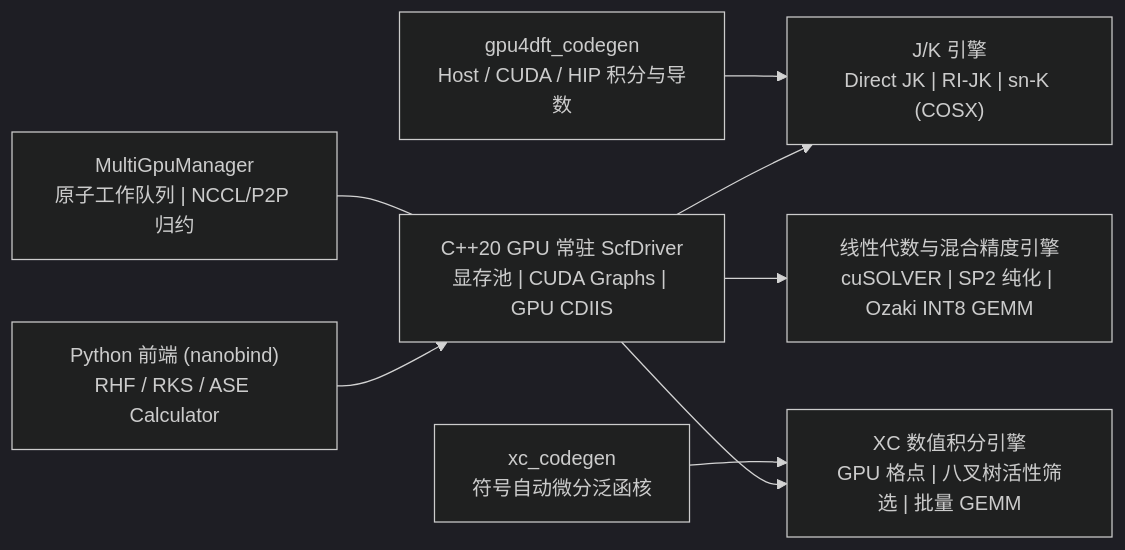
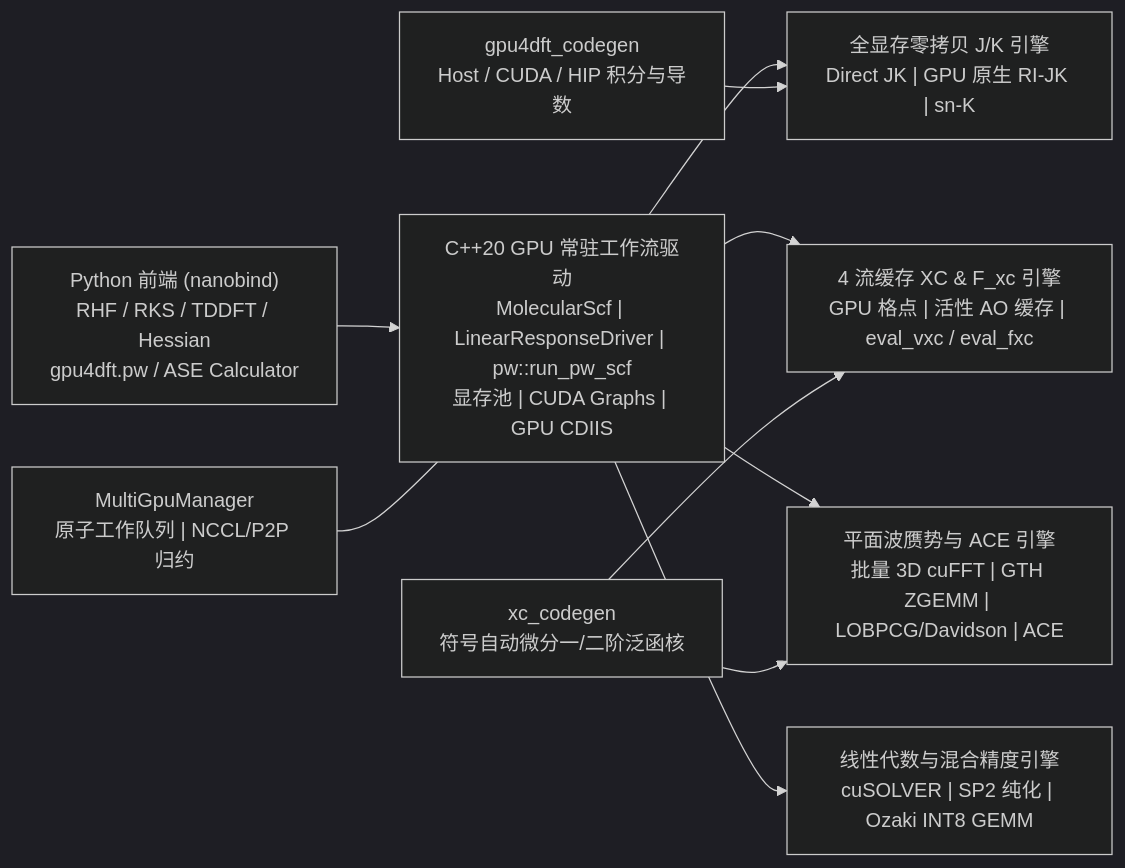
The diagram in README.md (chen-yu-hao/GPU4DFT), drawn with Mermaid (dark theme) before and after one commit. The commit also changed other lines of this file and 35 other files, not shown here.

Commit message:
Complete GPU4DFT Stage-2: zero-copy JK/XC/RI-JK, GPU CIS/TDA/TDDFT & Hessian, Plane-Wave ACE DFT, and Blackwell benchmarks

````diff
--- a/README.md
+++ b/README.md
@@ -33,10 +36,12 @@
 ```mermaid
 flowchart LR
-    PY["Python 前端 (nanobind)\nRHF / RKS / ASE Calculator"] --> SCF["C++20 GPU 常驻 ScfDriver\n显存池 | CUDA Graphs | GPU CDIIS"]
-    SCF --> JK["J/K 引擎\nDirect JK | RI-JK | sn-K (COSX)"]
-    SCF --> XC["XC 数值积分引擎\nGPU 格点 | 八叉树活性筛选 | 批量 GEMM"]
+    PY["Python 前端 (nanobind)\nRHF / RKS / TDDFT / Hessian\ngpu4dft.pw / ASE Calculator"] --> SCF["C++20 GPU 常驻工作流驱动\nMolecularScf | LinearResponseDriver | pw::run_pw_scf\n显存池 | CUDA Graphs | GPU CDIIS"]
+    SCF --> JK["全显存零拷贝 J/K 引擎\nDirect JK | GPU 原生 RI-JK | sn-K"]
+    SCF --> XC["4 流缓存 XC & F_xc 引擎\nGPU 格点 | 活性 AO 缓存 | eval_vxc / eval_fxc"]
+    SCF --> PW["平面波赝势与 ACE 引擎\n批量 3D cuFFT | GTH ZGEMM | LOBPCG/Davidson | ACE"]
     SCF --> LA["线性代数与混合精度引擎\ncuSOLVER | SP2 纯化 | Ozaki INT8 GEMM"]
     CG1["gpu4dft_codegen\nHost / CUDA / HIP 积分与导数"] --> JK
-    CG2["xc_codegen\n符号自动微分泛函核"] --> XC
+    CG2["xc_codegen\n符号自动微分一/二阶泛函核"] --> XC
+    CG2 --> PW
     MGPU["MultiGpuManager\n原子工作队列 | NCCL/P2P 归约"] --- SCF
 ```
````
